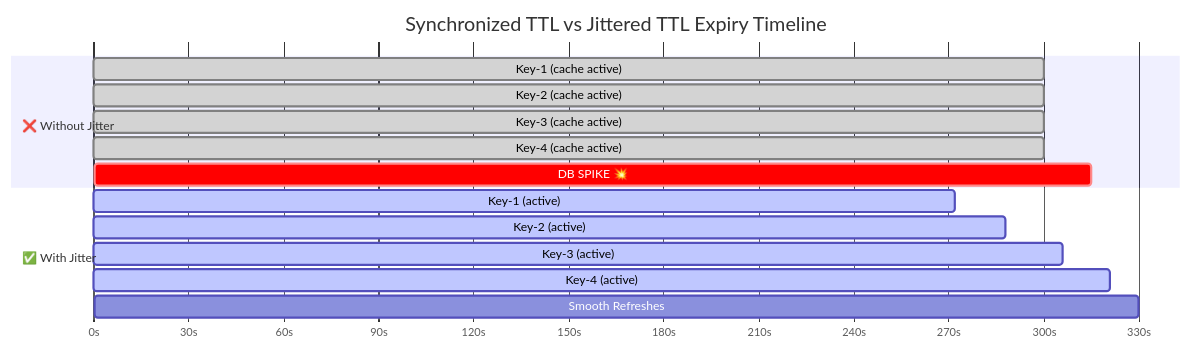
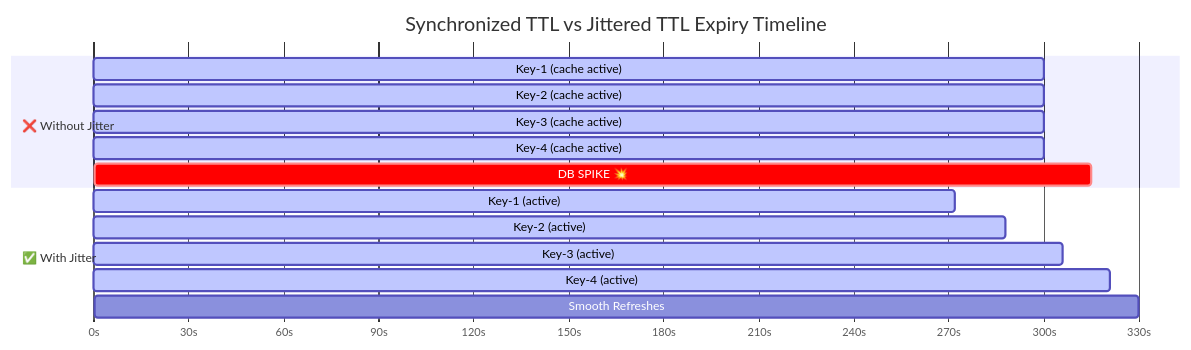
One commit to amolkharat18/blogs changed the second of 8 diagrams in system-design/cache-strategies-distributed-systems-en.md. Above: the diagram before and after it, drawn with Mermaid.

Commit message:
Change cache status from 'done' to 'active'

````diff
--- a/system-design/cache-strategies-distributed-systems-en.md
+++ b/system-design/cache-strategies-distributed-systems-en.md
@@ -175,20 +175,20 @@
 ```mermaid
 gantt
     title Synchronized TTL vs Jittered TTL Expiry Timeline
     dateFormat X
     axisFormat %ss
 
     section ❌ Without Jitter
-    Key-1 (cache active)   :done,    0, 300
-    Key-2 (cache active)   :done,    0, 300
-    Key-3 (cache active)   :done,    0, 300
-    Key-4 (cache active)   :done,    0, 300
+    Key-1 (cache active)   :active,    0, 300
+    Key-2 (cache active)   :active,    0, 300
+    Key-3 (cache active)   :active,    0, 300
+    Key-4 (cache active)   :active,    0, 300
     DB SPIKE 💥            :crit,    300, 315
 
     section ✅ With Jitter
     Key-1 (active)         :active,  0, 272
     Key-2 (active)         :active,  0, 288
     Key-3 (active)         :active,  0, 306
     Key-4 (active)         :active,  0, 321
     Smooth Refreshes       :         272, 330
 ```
````
